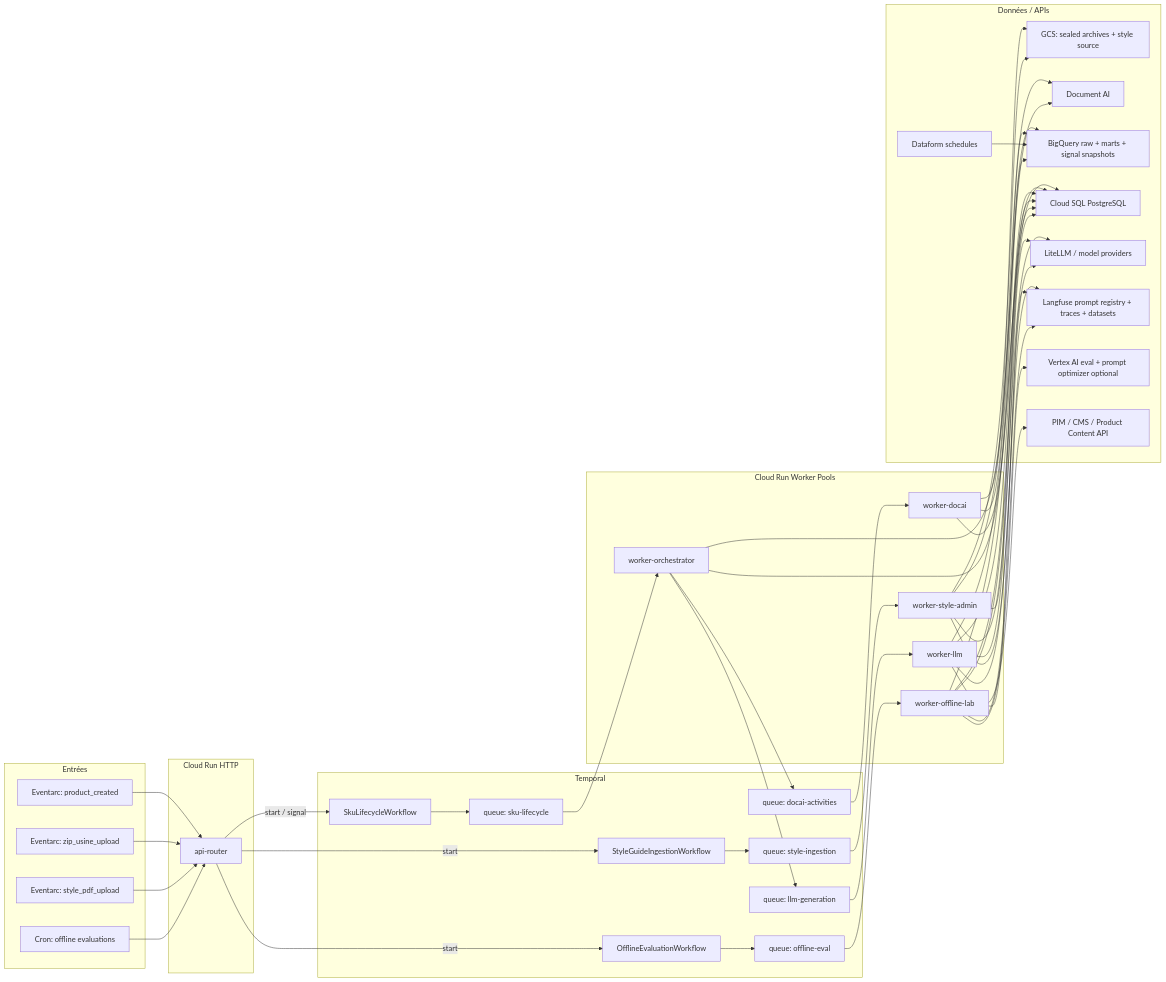
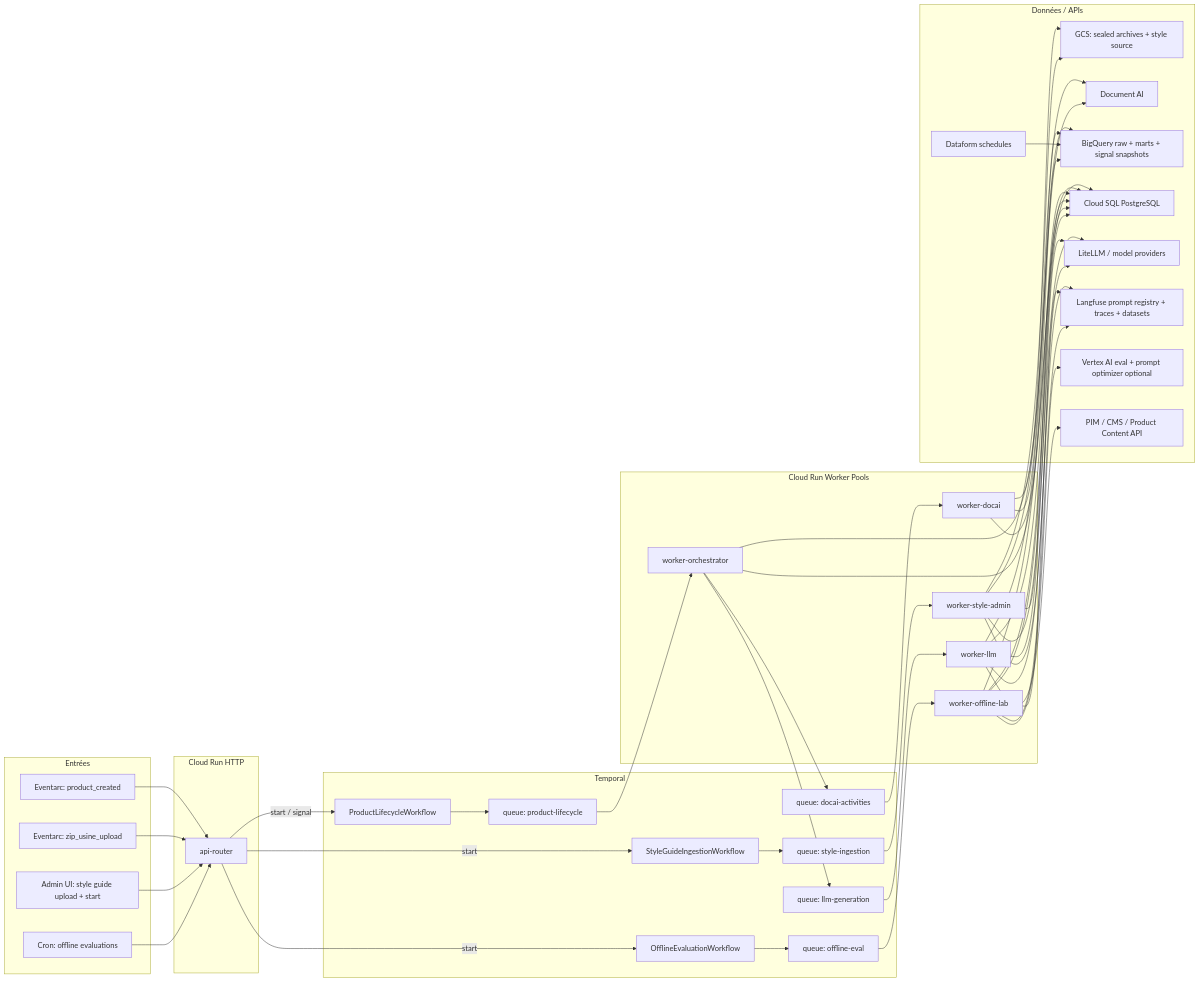
One commit to floriansollami/factory-writer changed the second of 5 diagrams in docs/ARCHITECTURE_SOTA_2026.md. Above: the diagram before and after it, drawn with Mermaid. The commit also changed other lines of this file and 44 other files, not shown here.

Commit message:
docs: update ingestion architecture references

```diff
--- a/docs/ARCHITECTURE_SOTA_2026.md
+++ b/docs/ARCHITECTURE_SOTA_2026.md
@@ -139,7 +139,7 @@
     subgraph IN["Entrées"]
         EV1["Eventarc: product_created"]
         EV2["Eventarc: zip_usine_upload"]
-        EV3["Eventarc: style_pdf_upload"]
+        EV3["Admin UI: style guide upload + start"]
         EV4["Cron: offline evaluations"]
     end
 
@@ -148,11 +148,11 @@
     end
 
     subgraph TEMP["Temporal"]
-        WF1["SkuLifecycleWorkflow"]
+        WF1["ProductLifecycleWorkflow"]
         WF2["StyleGuideIngestionWorkflow"]
         WF3["OfflineEvaluationWorkflow"]
 
-        Q1["queue: sku-lifecycle"]
+        Q1["queue: product-lifecycle"]
         Q2["queue: docai-activities"]
         Q3["queue: llm-generation"]
         Q4["queue: style-ingestion"]
```
